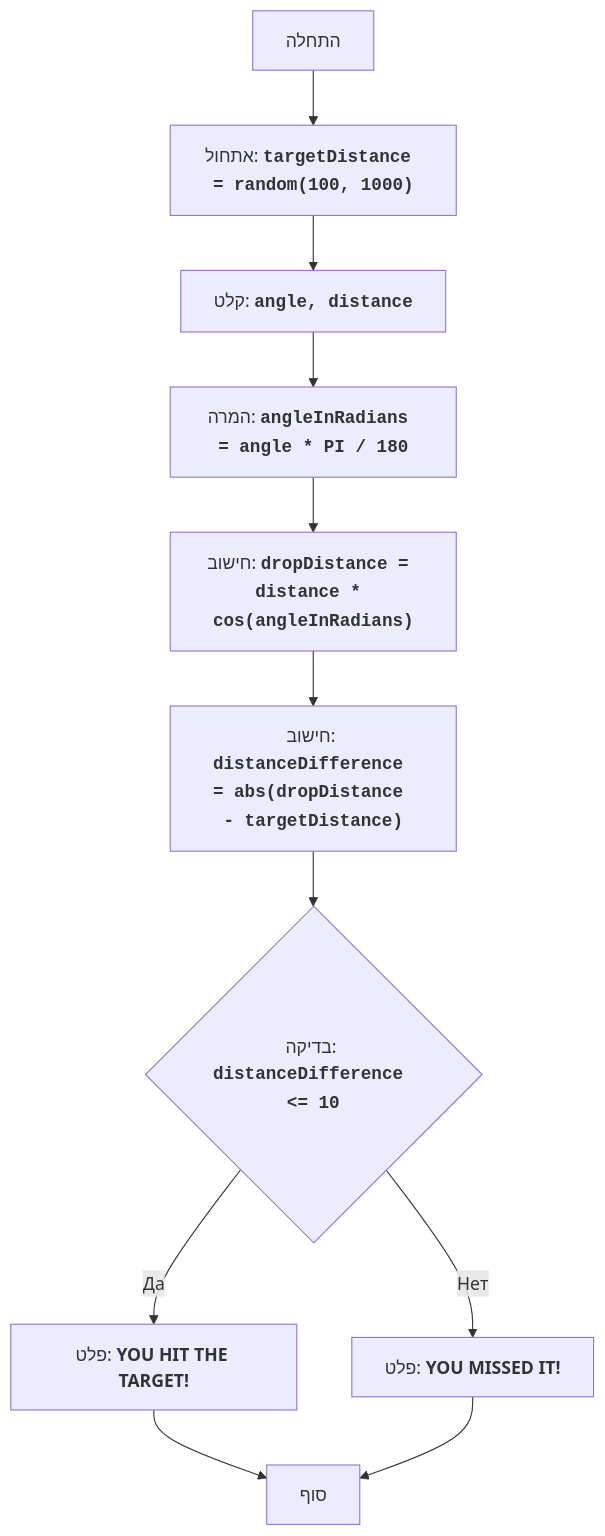
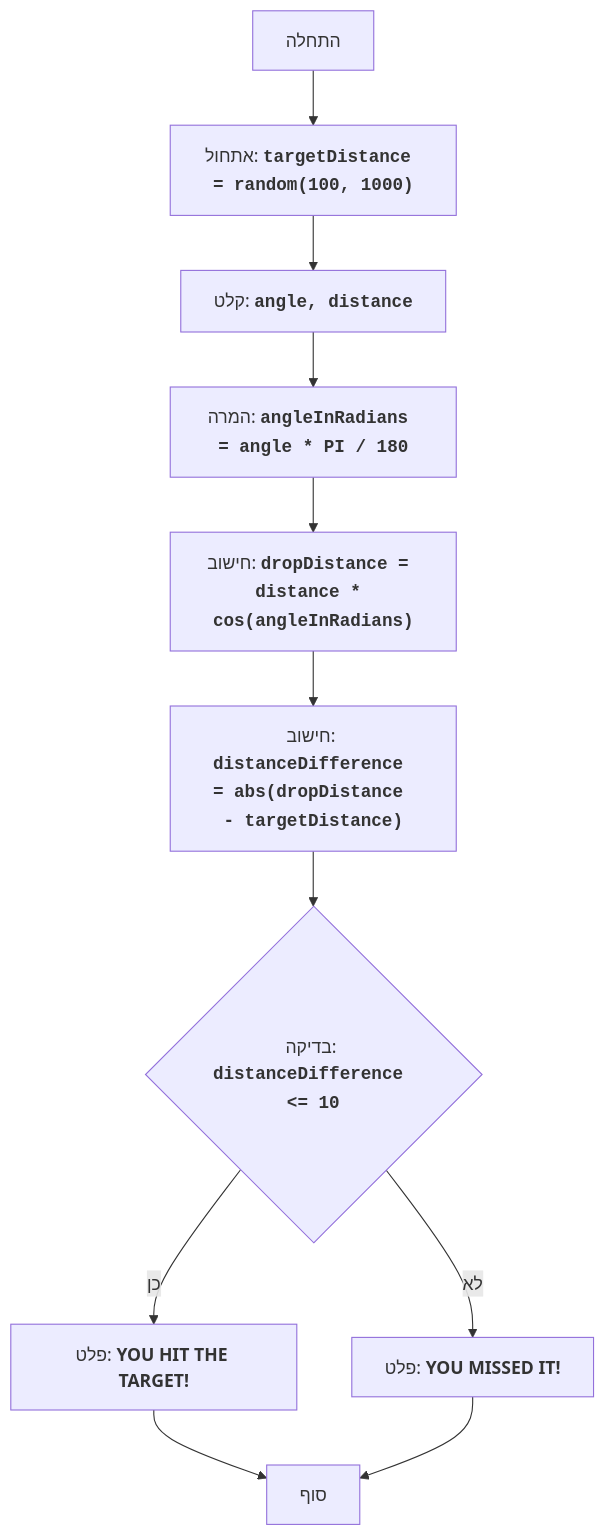
One commit to hypo69/1001-python-he changed the diagram in code/UNSORTED/BOMBER/README.MD. Above: the diagram before and after it, drawn with Mermaid. The commit also changed other lines of this file and 869 other files, not shown here.

````diff
--- a/code/UNSORTED/BOMBER/README.MD
+++ b/code/UNSORTED/BOMBER/README.MD
@@ -25,13 +25,13 @@
 ```mermaid
 flowchart TD
     Start["התחלה"] --> InitializeTargetDistance["אתחול: <code><b>targetDistance = random(100, 1000)</b></code>"]
     InitializeTargetDistance --> InputAngleDistance["קלט: <code><b>angle, distance</b></code>"]
     InputAngleDistance --> ConvertAngle["המרה: <code><b>angleInRadians = angle * PI / 180</b></code>"]
     ConvertAngle --> CalculateDropDistance["חישוב: <code><b>dropDistance = distance * cos(angleInRadians)</b></code>"]
     CalculateDropDistance --> CalculateDistanceDifference["חישוב: <code><b>distanceDifference = abs(dropDistance - targetDistance)</b></code>"]
     CalculateDistanceDifference --> CheckDistanceDifference{"בדיקה: <code><b>distanceDifference <= 10</b></code>"}
-    CheckDistanceDifference -- Да --> OutputWin["פלט: <b>YOU HIT THE TARGET!</b>"]
+    CheckDistanceDifference -- כן --> OutputWin["פלט: <b>YOU HIT THE TARGET!</b>"]
     OutputWin --> End["סוף"]
-    CheckDistanceDifference -- Нет --> OutputLose["פלט: <b>YOU MISSED IT!</b>"]
+    CheckDistanceDifference -- לא --> OutputLose["פלט: <b>YOU MISSED IT!</b>"]
     OutputLose --> End
 ```
````
